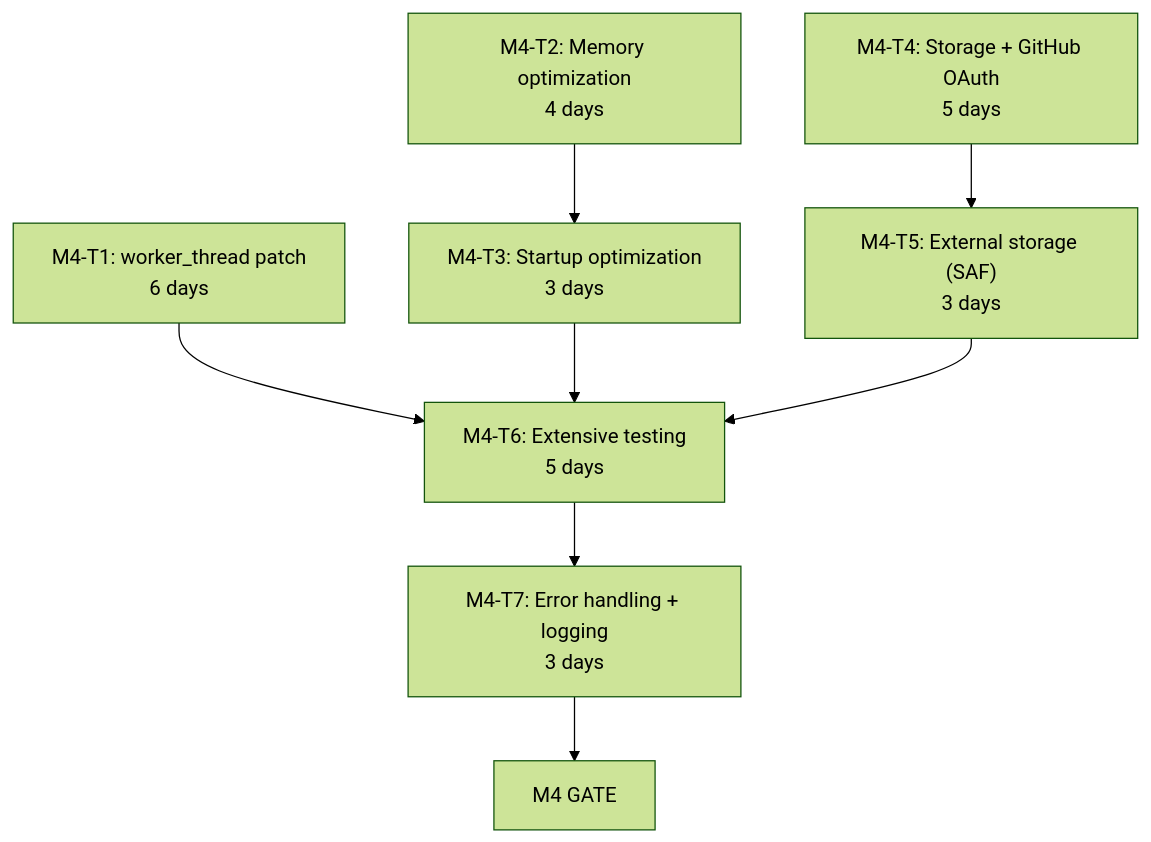
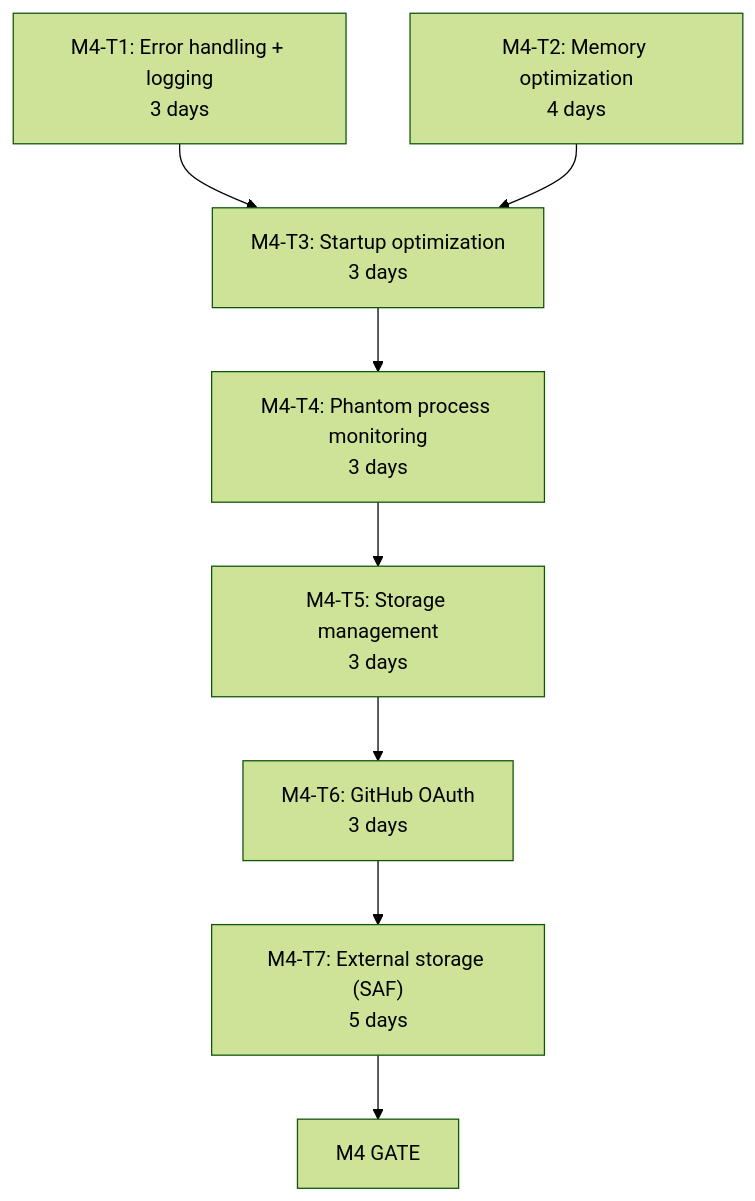
Before and after one commit to rmyndharis/VSCodroid: the seventh of 9 diagrams in docs/12-IMPLEMENTATION_PLAN.md, drawn with Mermaid (forest theme). The commit also changed other lines of this file, not shown here.

````diff
--- a/docs/12-IMPLEMENTATION_PLAN.md
+++ b/docs/12-IMPLEMENTATION_PLAN.md
@@ -1526,10 +1527,10 @@
 ```mermaid
 flowchart TD
-  M4T1["M4-T1: worker_thread patch<br/>6 days"] --> M4T6["M4-T6: Extensive testing<br/>5 days"]
-  M4T2["M4-T2: Memory optimization<br/>4 days"] --> M4T3["M4-T3: Startup optimization<br/>3 days"]
-  M4T3 --> M4T6
-  M4T4["M4-T4: Storage + GitHub OAuth<br/>5 days"] --> M4T5["M4-T5: External storage (SAF)<br/>3 days"]
-  M4T5 --> M4T6
-  M4T6 --> M4T7["M4-T7: Error handling + logging<br/>3 days"]
+  M4T1["M4-T1: Error handling + logging<br/>3 days"] --> M4T3["M4-T3: Startup optimization<br/>3 days"]
+  M4T2["M4-T2: Memory optimization<br/>4 days"] --> M4T3
+  M4T3 --> M4T4["M4-T4: Phantom process monitoring<br/>3 days"]
+  M4T4 --> M4T5["M4-T5: Storage management<br/>3 days"]
+  M4T5 --> M4T6["M4-T6: GitHub OAuth<br/>3 days"]
+  M4T6 --> M4T7["M4-T7: External storage (SAF)<br/>5 days"]
   M4T7 --> M4GATE["M4 GATE"]
 ```
````
